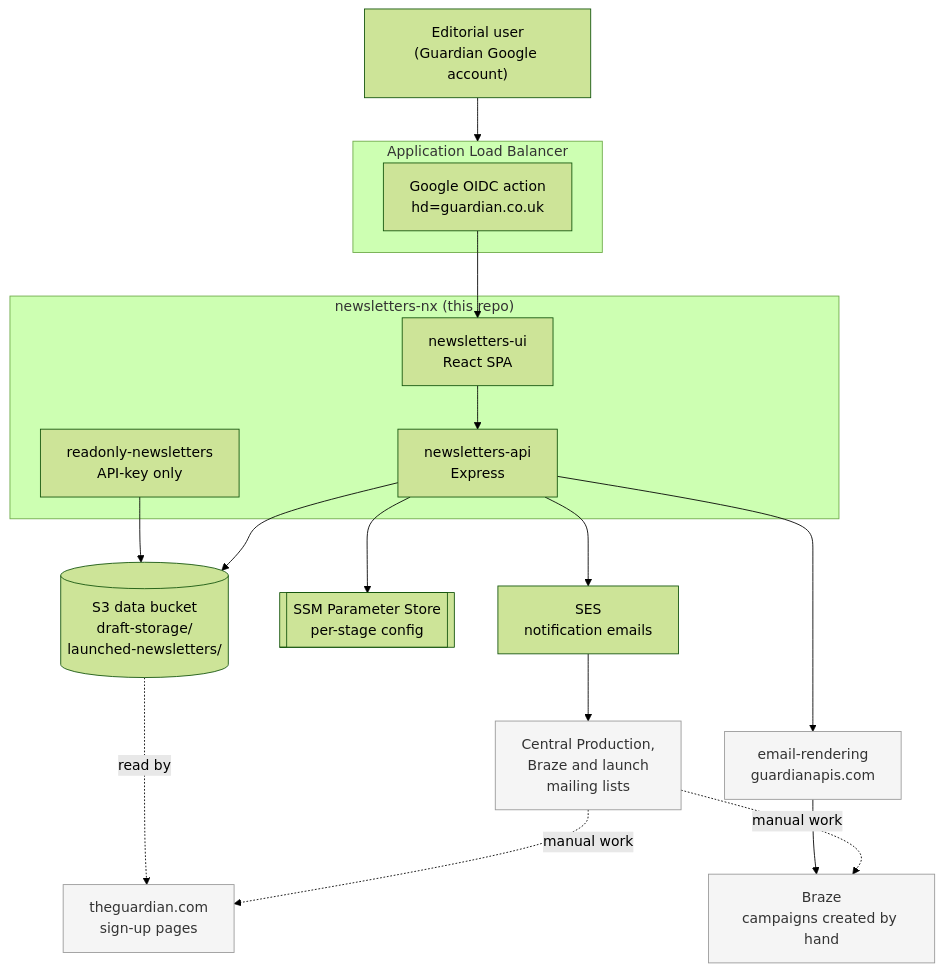
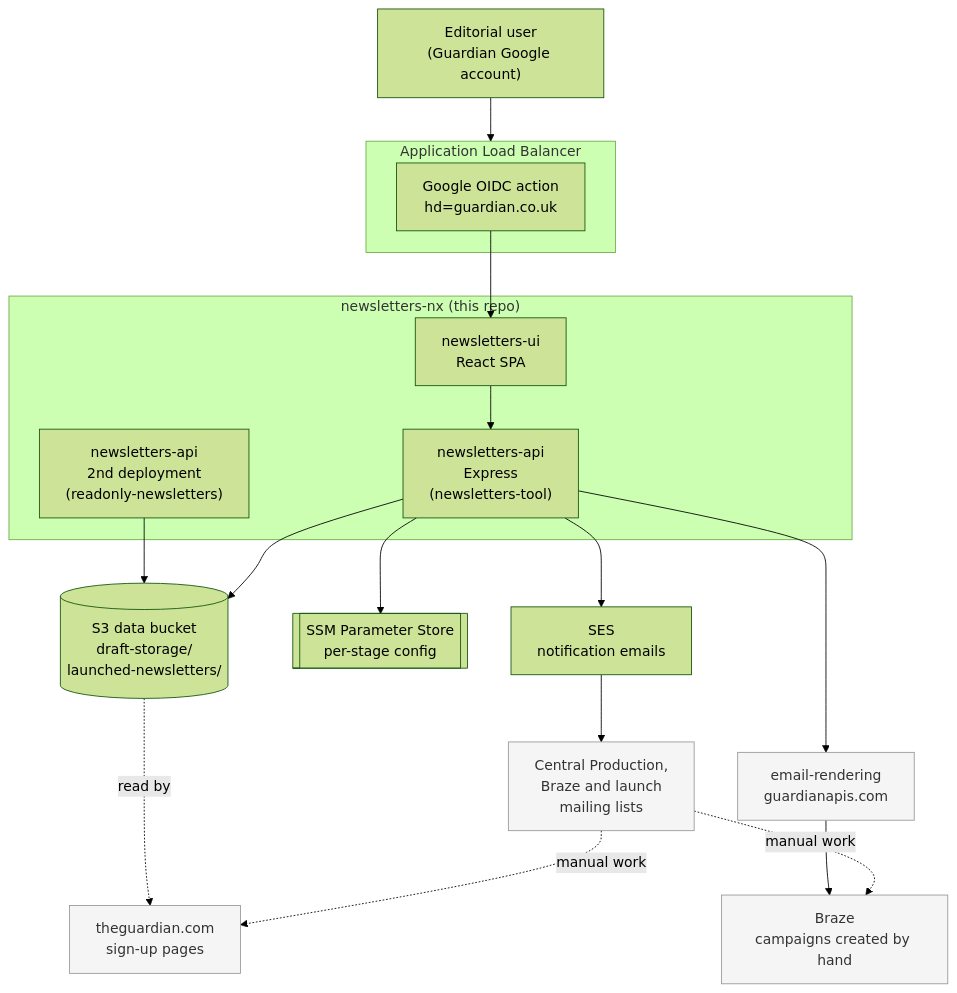
One commit to guardian/newsletters-nx changed the diagram in docs/architecture.md. Above: the diagram before and after it, drawn with Mermaid (forest theme). The commit also changed other lines of this file and 6 other files, not shown here.

Commit message:
docs: update architecture, auth and permissions, deployment, and launch flow documentation; add local development guide

````diff
--- a/docs/architecture.md
+++ b/docs/architecture.md
@@ -7,39 +7,39 @@
 ```mermaid
 flowchart TB
     user["Editorial user<br>(Guardian Google account)"]
 
     subgraph alb["Application Load Balancer"]
         auth["Google OIDC action<br>hd=guardian.co.uk"]
     end
 
     subgraph nx["newsletters-nx (this repo)"]
         ui["newsletters-ui<br>React SPA"]
-        api["newsletters-api<br>Express"]
-        roapi["readonly-newsletters<br>API-key only"]
+        api["newsletters-api<br>Express<br>(newsletters-tool)"]
+        roapi["newsletters-api<br>2nd deployment<br>(readonly-newsletters)"]
     end
 
     s3[("S3 data bucket<br>draft-storage/<br>launched-newsletters/")]
     ssm[["SSM Parameter Store<br>per-stage config"]]
     ses["SES<br>notification emails"]
     er["email-rendering<br>guardianapis.com"]
     braze["Braze<br>campaigns created by hand"]
     dotcom["theguardian.com<br>sign-up pages"]
     humans["Central Production,<br>Braze and launch<br>mailing lists"]
 
     user --> alb
     auth --> ui
     ui --> api
     api --> s3
     api --> ssm
     api --> ses
     api --> er
     ses --> humans
     humans -.manual work.-> braze
     humans -.manual work.-> dotcom
     er --> braze
     roapi --> s3
     s3 -.read by.-> dotcom
 
     classDef external fill:#f5f5f5,stroke:#999,color:#333
     class er,braze,dotcom,humans external
 ```
````
